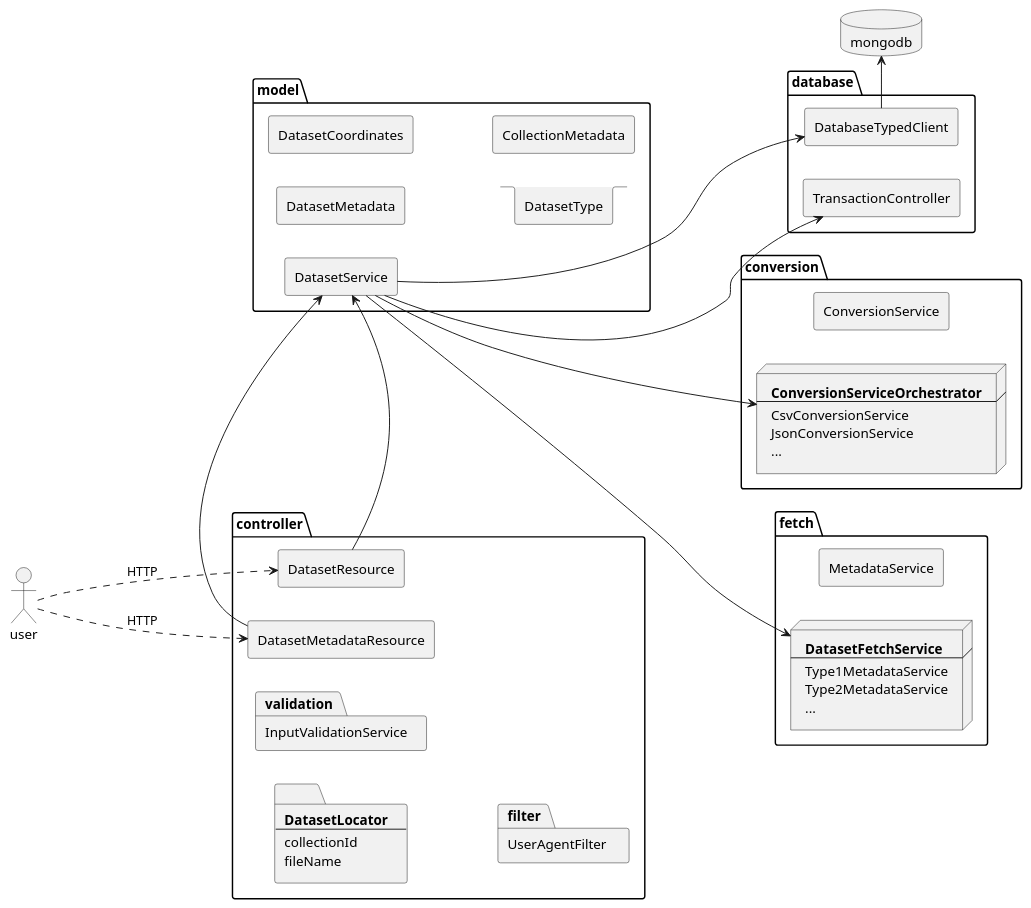
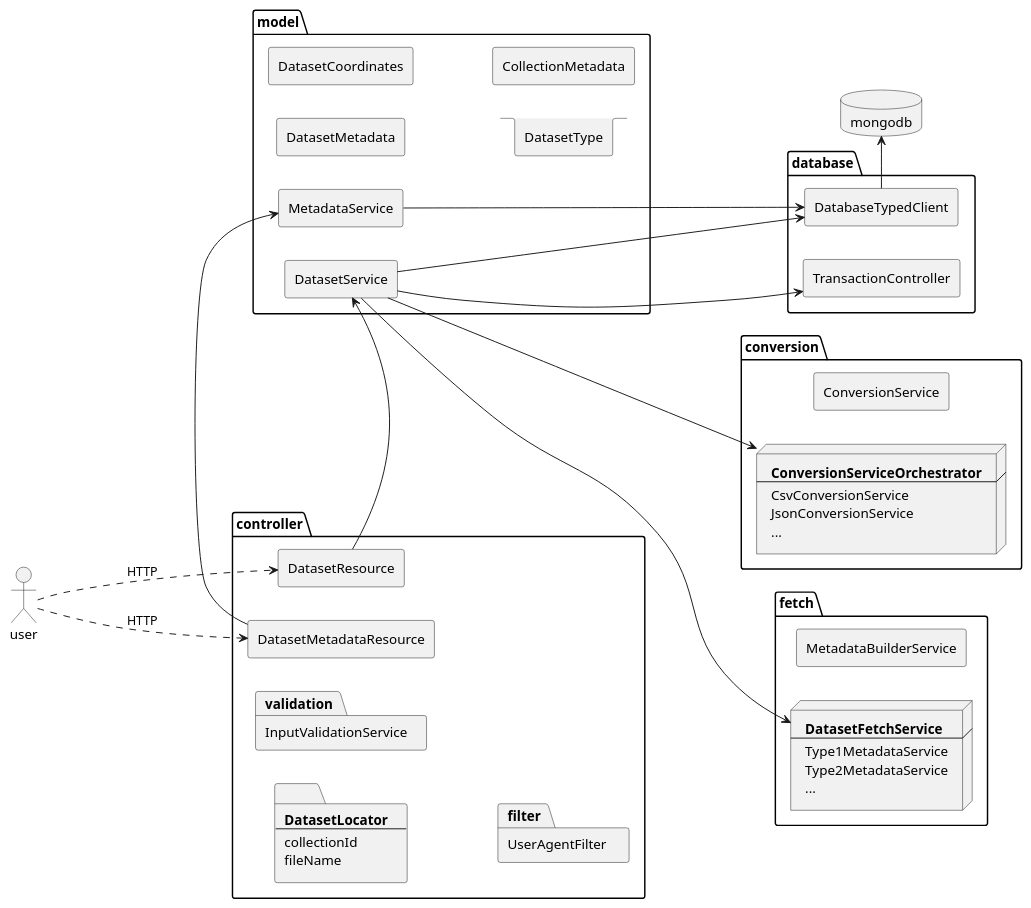
The diagram in presentation/imgs/abstract-code-structure.puml (fandreuz/open-data-repository-server), drawn with PlantUML before and after one commit. The commit also changed 1 other file, not shown here.

```diff
--- a/presentation/imgs/abstract-code-structure.puml
+++ b/presentation/imgs/abstract-code-structure.puml
@@ -1,71 +1,74 @@
 @startuml
 left to right direction
 
 package controller {
   rectangle DatasetResource
   rectangle DatasetMetadataResource
   folder DatasetLocator [
     <b>DatasetLocator</b>
     ---
     collectionId
     fileName
   ]
   package validation [
     InputValidationService
   ]
   package filter [
     UserAgentFilter 
   ]
 }
 
 package model {
   rectangle DatasetMetadata
   rectangle DatasetCoordinates
   stack DatasetType
   rectangle CollectionMetadata
   rectangle DatasetService
+  rectangle MetadataService
 }
 
 package "database" {
   rectangle TransactionController
   rectangle DatabaseTypedClient
 }
 
 package conversion {
   rectangle ConversionService
   node ConversionServiceOrchestrator [
     <b>ConversionServiceOrchestrator</b>
     ---
     CsvConversionService
     JsonConversionService
     ...
   ]
 }
 
 package fetch {
-  rectangle MetadataService
+  rectangle MetadataBuilderService
   node DatasetFetchService [
     <b>DatasetFetchService</b>
     ---
     Type1MetadataService
     Type2MetadataService
     ...
   ]
 }
 
 database mongodb
 
 :user: -[dashed]d---> DatasetResource : HTTP
 :user: -[dashed]d---> DatasetMetadataResource : HTTP
 
-DatasetResource -r-> DatasetService
-DatasetMetadataResource -r-> DatasetService
+DatasetResource -r---> DatasetService
+DatasetMetadataResource -l---> MetadataService
 
 DatasetService ----> DatabaseTypedClient
 DatasetService ----> TransactionController
 DatasetService ----> DatasetFetchService
 DatasetService ----> ConversionServiceOrchestrator
 
+MetadataService ----> DatabaseTypedClient
+
 DatabaseTypedClient -r-> mongodb
 
 @enduml
```
